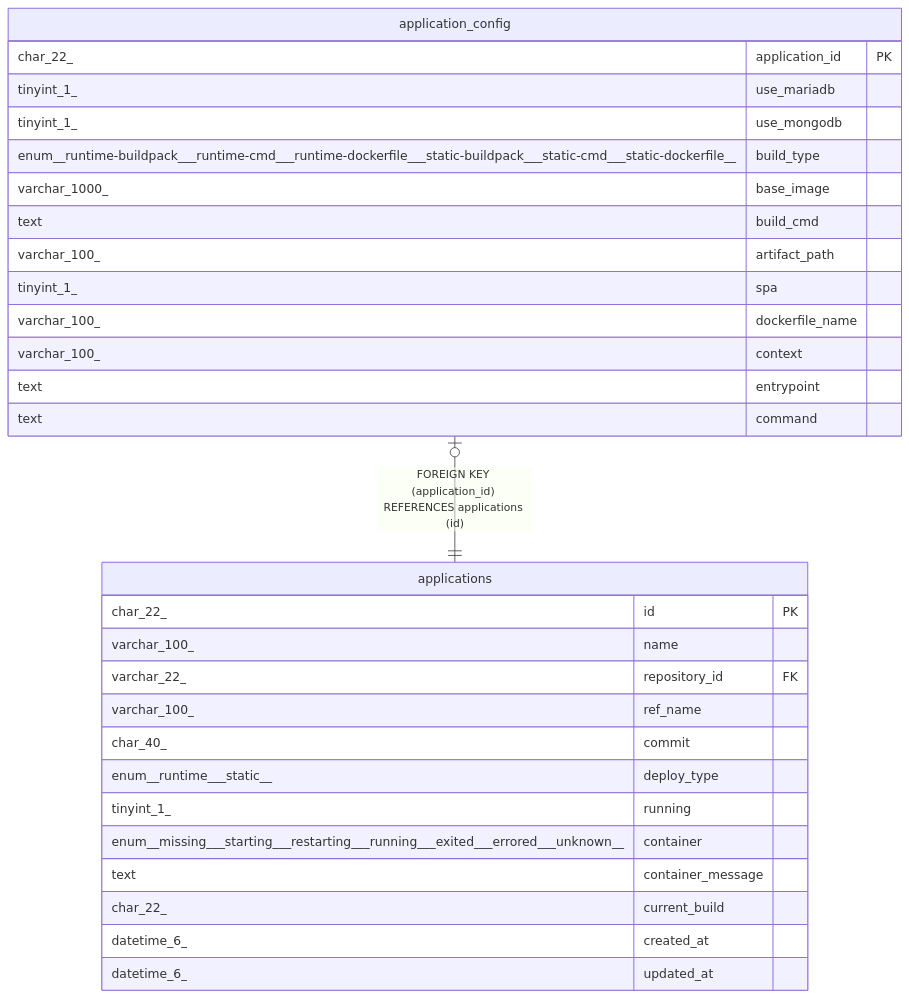
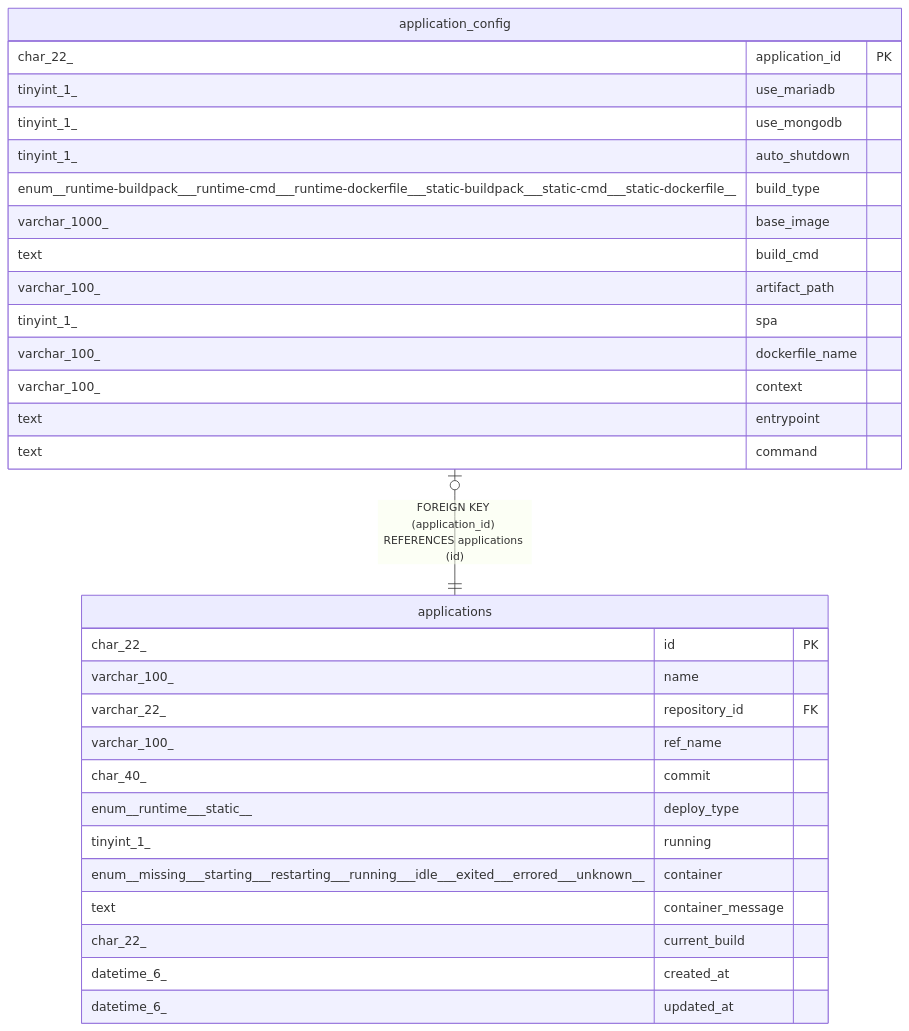
The diagram in docs/dbschema/application_config.md (traPtitech/NeoShowcase), drawn with Mermaid before and after one commit. The commit also changed other lines of this file and 13 other files, not shown here.

Commit message:
feat: update db schema add - 'auto_shutdown' column to `application_config` table - new container status 'idle' to `application` table

````diff
--- a/docs/dbschema/application_config.md
+++ b/docs/dbschema/application_config.md
@@ -63,34 +65,35 @@
 ```mermaid
 erDiagram
 
 "application_config" |o--|| "applications" : "FOREIGN KEY (application_id) REFERENCES applications (id)"
 
 "application_config" {
   char_22_ application_id PK
   tinyint_1_ use_mariadb
   tinyint_1_ use_mongodb
+  tinyint_1_ auto_shutdown
   enum__runtime-buildpack___runtime-cmd___runtime-dockerfile___static-buildpack___static-cmd___static-dockerfile__ build_type
   varchar_1000_ base_image
   text build_cmd
   varchar_100_ artifact_path
   tinyint_1_ spa
   varchar_100_ dockerfile_name
   varchar_100_ context
   text entrypoint
   text command
 }
 "applications" {
   char_22_ id PK
   varchar_100_ name
   varchar_22_ repository_id FK
   varchar_100_ ref_name
   char_40_ commit
   enum__runtime___static__ deploy_type
   tinyint_1_ running
-  enum__missing___starting___restarting___running___exited___errored___unknown__ container
+  enum__missing___starting___restarting___running___idle___exited___errored___unknown__ container
   text container_message
   char_22_ current_build
   datetime_6_ created_at
   datetime_6_ updated_at
 }
 ```
````
